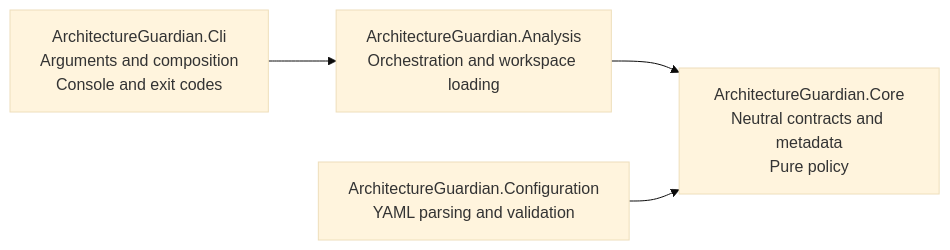
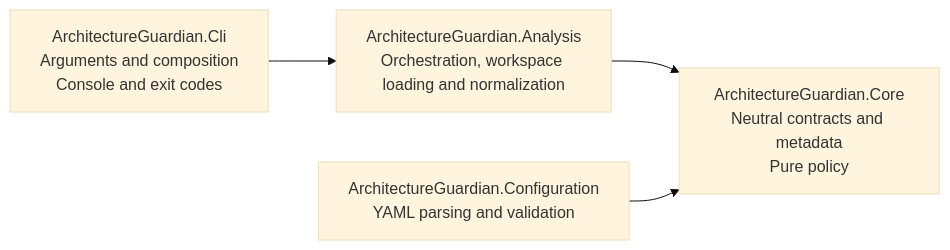
Before and after one commit to kbourzayq/arch-guard: the first of 3 diagrams in docs/architecture/overview.md, drawn with Mermaid (base theme). The commit also changed other lines of this file and 41 other files, not shown here.

````diff
--- a/docs/architecture/overview.md
+++ b/docs/architecture/overview.md
@@ -31,11 +31,11 @@
 ```mermaid
 flowchart LR
     Cli["ArchitectureGuardian.Cli<br/>Arguments and composition<br/>Console and exit codes"]
-    Analysis["ArchitectureGuardian.Analysis<br/>Orchestration and workspace loading"]
+    Analysis["ArchitectureGuardian.Analysis<br/>Orchestration, workspace loading and normalization"]
     Core["ArchitectureGuardian.Core<br/>Neutral contracts and metadata<br/>Pure policy"]
     Configuration["ArchitectureGuardian.Configuration<br/>YAML parsing and validation"]
 
     Cli --> Analysis
     Analysis --> Core
     Configuration --> Core
 ```
````
